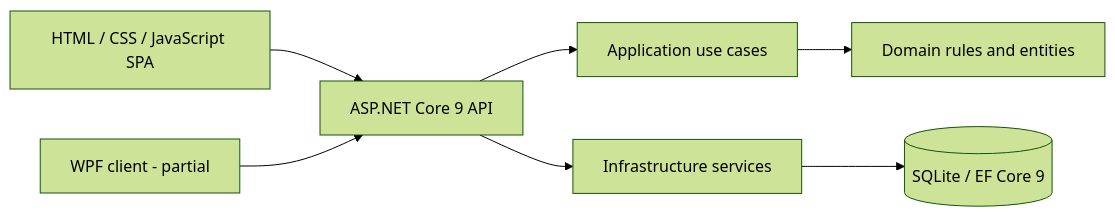
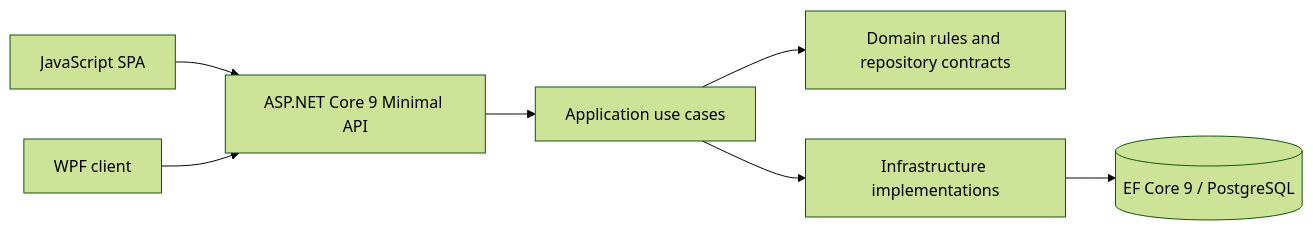
One commit to SCanerG/DemoErp changed the diagram in docs/ARCHITECTURE.md. Above: the diagram before and after it, drawn with Mermaid (forest theme). The commit also changed other lines of this file and 2 other files, not shown here.

````diff
--- a/docs/ARCHITECTURE.md
+++ b/docs/ARCHITECTURE.md
@@ -6,9 +5,9 @@
 ```mermaid
 flowchart LR
-    Web[HTML / CSS / JavaScript SPA] --> API[ASP.NET Core 9 API]
-    Desktop[WPF client - partial] --> API
-    API --> App[Application use cases]
-    App --> Domain[Domain rules and entities]
-    API --> Infra[Infrastructure services]
-    Infra --> DB[(SQLite / EF Core 9)]
+    Browser[JavaScript SPA] --> API[ASP.NET Core 9 Minimal API]
+    Desktop[WPF client] --> API
+    API --> Application[Application use cases]
+    Application --> Domain[Domain rules and repository contracts]
+    Application --> Infrastructure[Infrastructure implementations]
+    Infrastructure --> Database[(EF Core 9 / PostgreSQL)]
 ```
````
